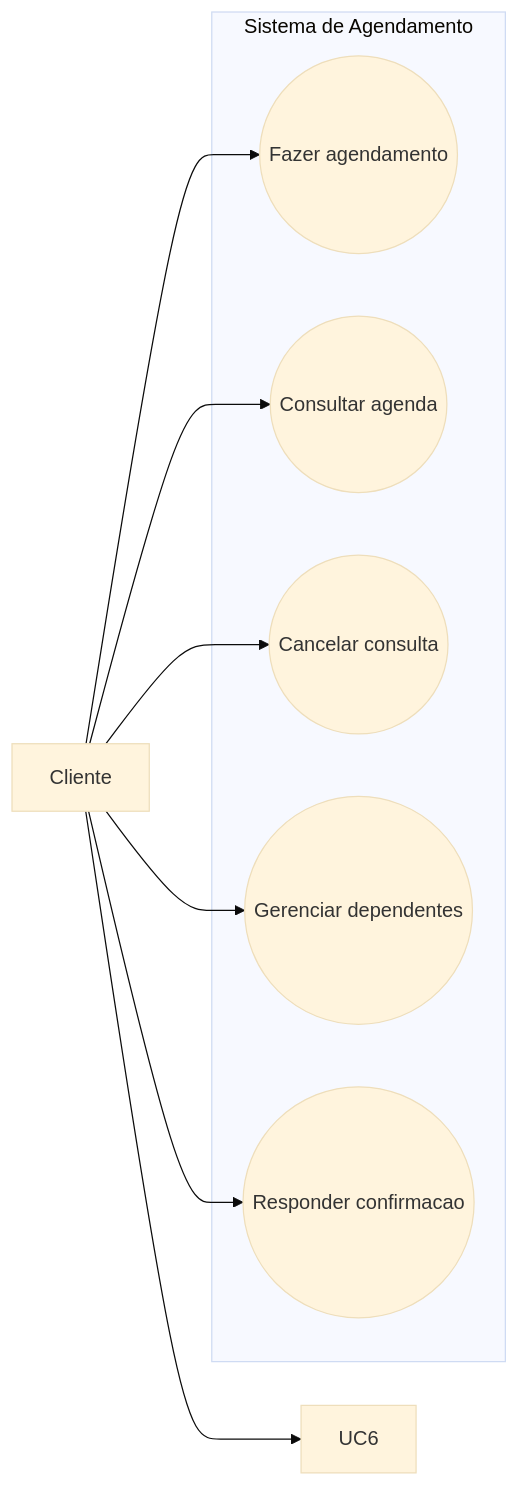
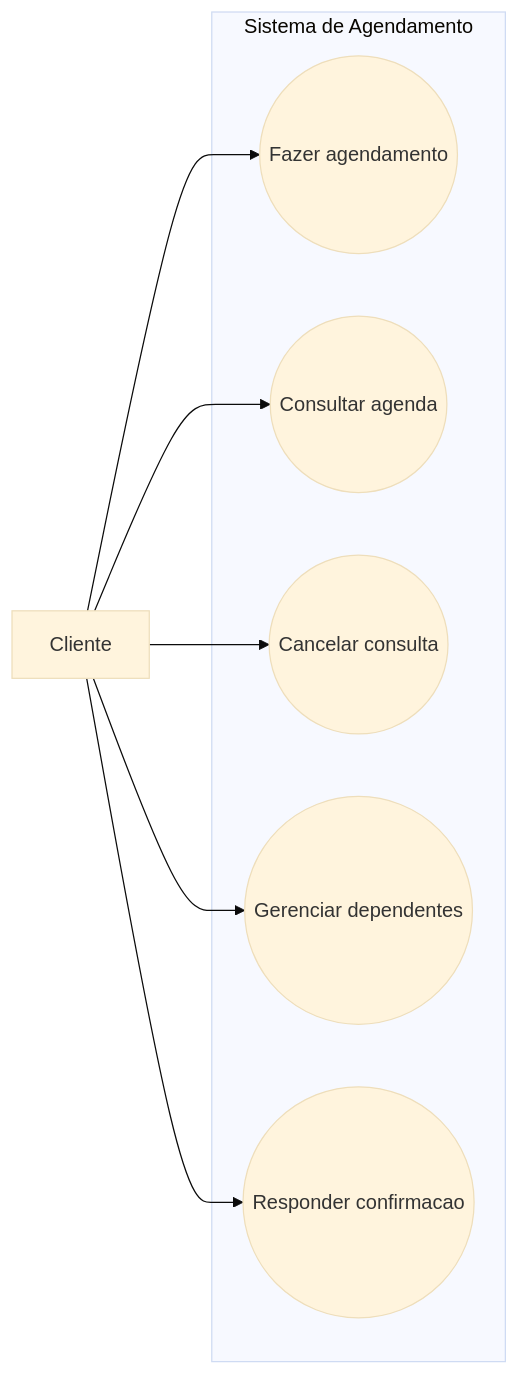
The diagram in docs/casos de uso/cliente.md (InsaneCaio/SICA), drawn with Mermaid (base theme) before and after one commit. The commit also changed other lines of this file, not shown here.

````diff
--- a/docs/casos de uso/cliente.md
+++ b/docs/casos de uso/cliente.md
@@ -14,20 +14,19 @@
 ```mermaid
 flowchart LR
     P[Cliente]
 
     subgraph Sistema de Agendamento
         UC1((Fazer agendamento))
         UC2((Consultar agenda))
         UC3((Cancelar consulta))
         UC4((Gerenciar dependentes))
         UC5((Responder confirmacao))
     end
 
     P --> UC1
     P --> UC2
     P --> UC3
     P --> UC4
     P --> UC5
-    P --> UC6
 
 ```
````
